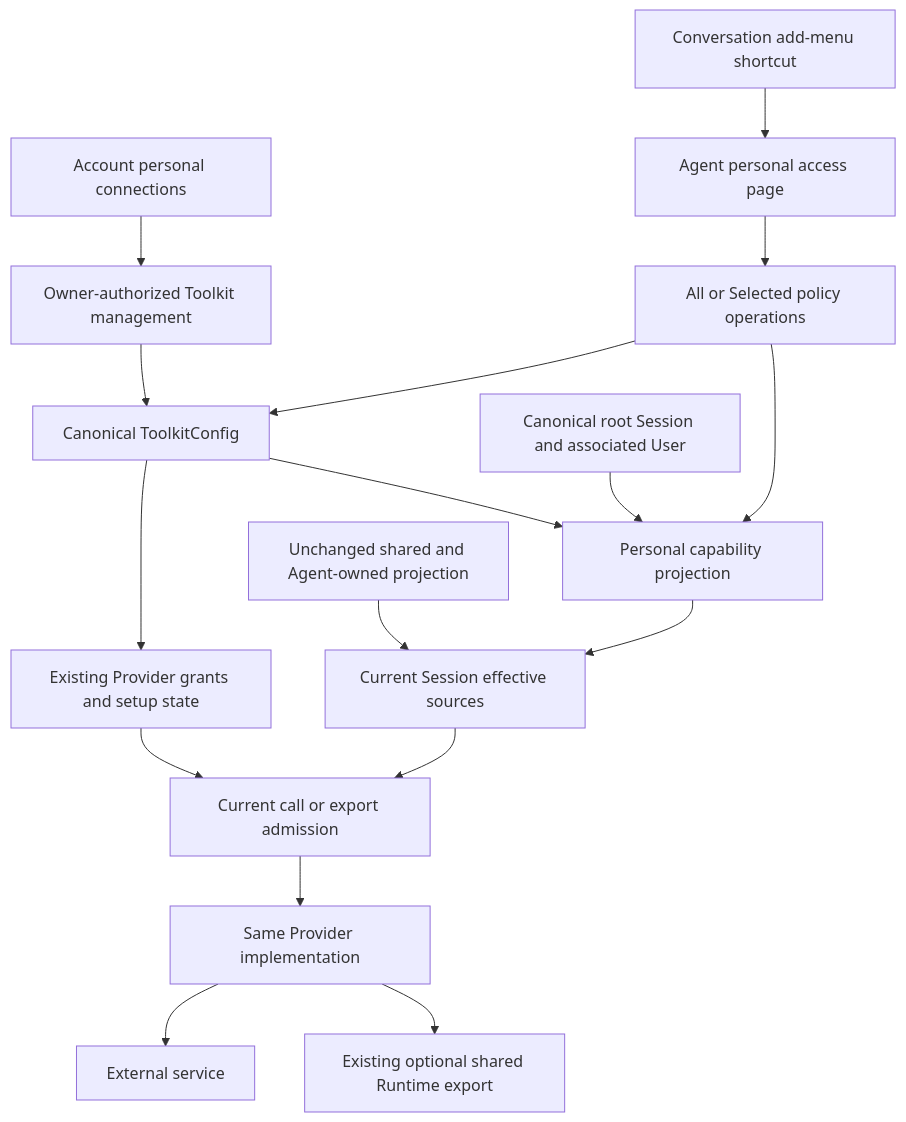
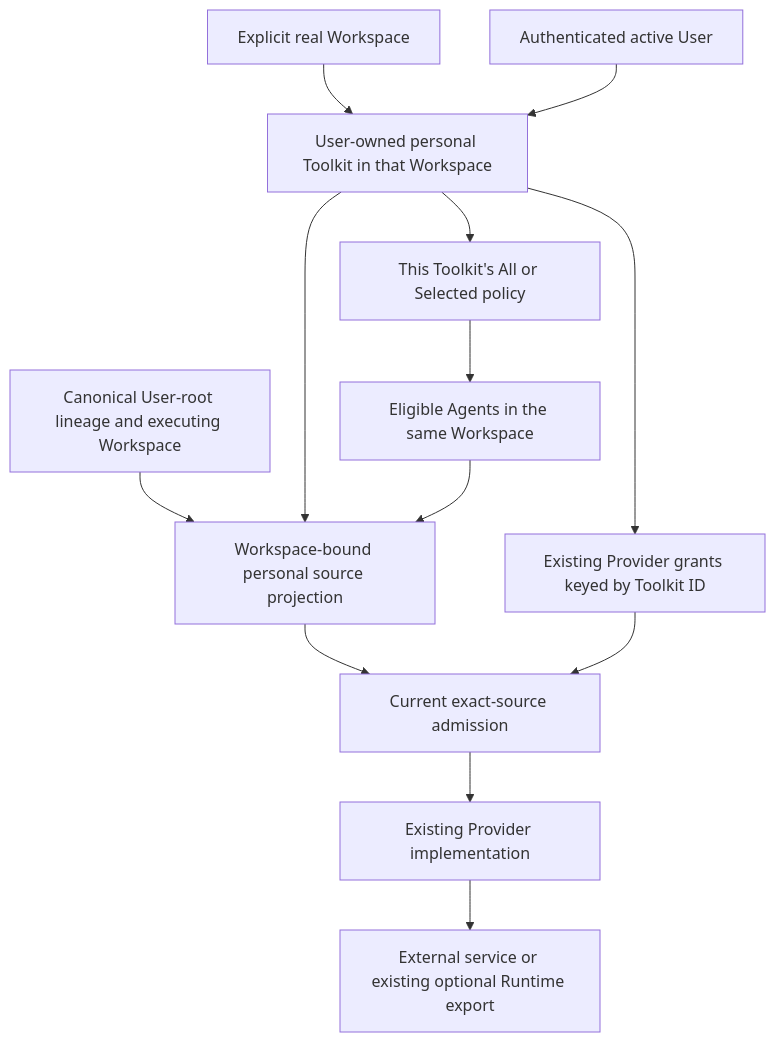
One commit to azents/azents changed the diagram in docs/azents/design/personaltools-261017-agent-access.md. Above: the diagram before and after it, drawn with Mermaid. The commit also changed other lines of this file and 15 other files, not shown here.

Commit message:
fix(toolkit): scope personal ownership and policy to workspace

````diff
--- a/docs/azents/design/personaltools-261017-agent-access.md
+++ b/docs/azents/design/personaltools-261017-agent-access.md
@@ -80,19 +100,15 @@
 ```mermaid
 flowchart TD
-  Account[Account personal connections] --> Management[Owner-authorized Toolkit management]
-  AgentUI[Agent personal access page] --> Policy[All or Selected policy operations]
-  Shortcut[Conversation add-menu shortcut] --> AgentUI
-  Management --> Toolkit[Canonical ToolkitConfig]
-  Policy --> Toolkit
-  Toolkit --> Grants[Existing Provider grants and setup state]
-  Root[Canonical root Session and associated User] --> Personal[Personal capability projection]
-  Toolkit --> Personal
-  Policy --> Personal
-  Shared[Unchanged shared and Agent-owned projection] --> Sources[Current Session effective sources]
-  Personal --> Sources
-  Sources --> Admission[Current call or export admission]
+  Workspace[Explicit real Workspace] --> Personal[User-owned personal Toolkit in that Workspace]
+  User[Authenticated active User] --> Personal
+  Personal --> Policy[This Toolkit's All or Selected policy]
+  Policy --> Agents[Eligible Agents in the same Workspace]
+  Personal --> Grants[Existing Provider grants keyed by Toolkit ID]
+  Root[Canonical User-root lineage and executing Workspace] --> Projection[Workspace-bound personal source projection]
+  Personal --> Projection
+  Agents --> Projection
+  Projection --> Admission[Current exact-source admission]
   Grants --> Admission
-  Admission --> Provider[Same Provider implementation]
-  Provider --> External[External service]
-  Provider --> Runtime[Existing optional shared Runtime export]
+  Admission --> Provider[Existing Provider implementation]
+  Provider --> External[External service or existing optional Runtime export]
 ```
````
